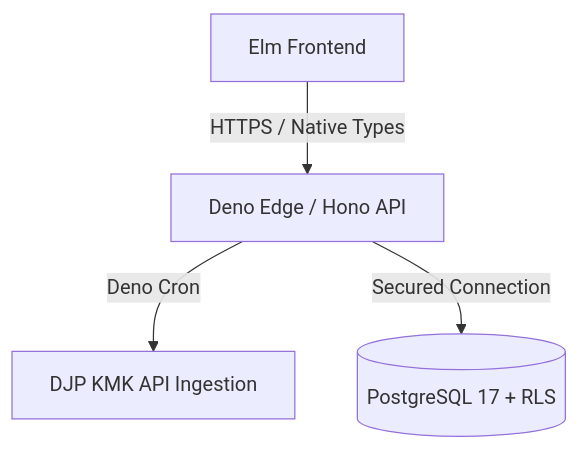
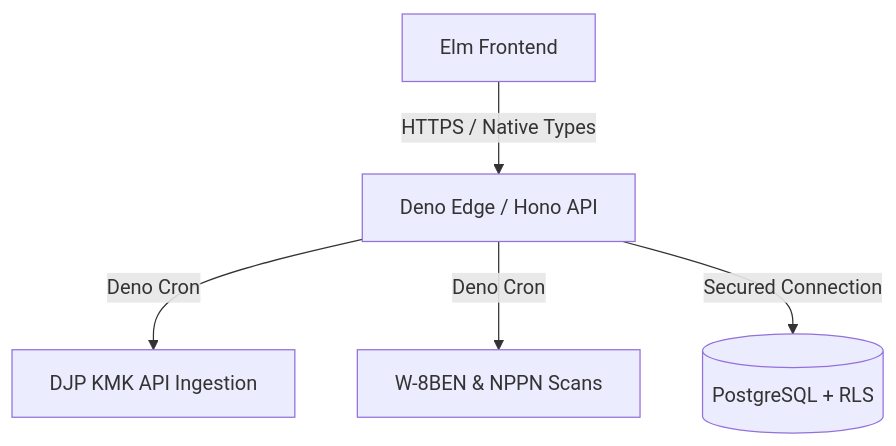
One commit to gulfaniputra/remote-rupiah changed the diagram in README.md. Above: the diagram before and after it, drawn with Mermaid. The commit also changed other lines of this file, not shown here.

First line of the commit message:
docs: align README with codebase architecture

````diff
--- a/README.md
+++ b/README.md
@@ -67,6 +52,7 @@
 ```mermaid
 graph TD
     Client[Elm Frontend] -->|HTTPS / Native Types| Edge[Deno Edge / Hono API]
     Edge -->|Deno Cron| KMK[DJP KMK API Ingestion]
-    Edge -->|Secured Connection| DB[(PostgreSQL 17 + RLS)]
+    Edge -->|Deno Cron| Compliance[W-8BEN & NPPN Scans]
+    Edge -->|Secured Connection| DB[(PostgreSQL + RLS)]
 ```
````
